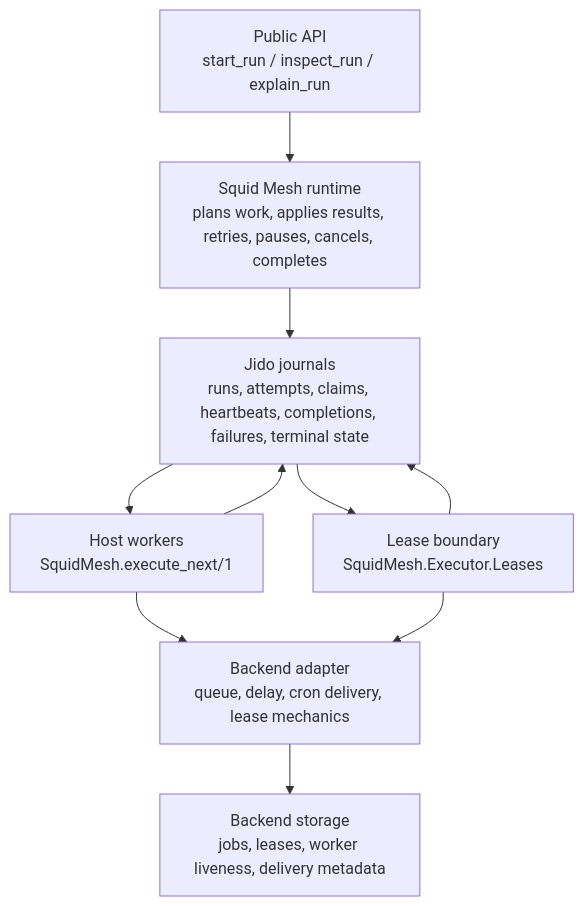
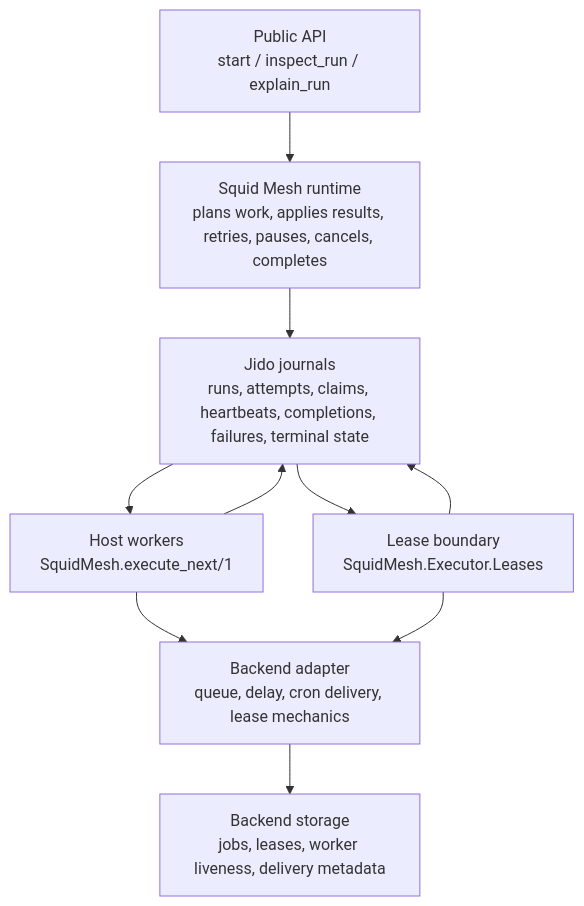
One commit to dark-trench/squid_mesh changed the diagram in docs/architecture.md. Above: the diagram before and after it, drawn with Mermaid. The commit also changed 10 other files, not shown here.

````diff
--- a/docs/architecture.md
+++ b/docs/architecture.md
@@ -124,20 +124,20 @@
 ```mermaid
 flowchart TB
-    api["Public API<br/>start_run / inspect_run / explain_run"]
+    api["Public API<br/>start / inspect_run / explain_run"]
     runtime["Squid Mesh runtime<br/>plans work, applies results, retries, pauses, cancels, completes"]
     journals["Jido journals<br/>runs, attempts, claims, heartbeats, completions, failures, terminal state"]
     worker["Host workers<br/>SquidMesh.execute_next/1"]
     leases["Lease boundary<br/>SquidMesh.Executor.Leases"]
     adapter["Backend adapter<br/>queue, delay, cron delivery, lease mechanics"]
     storage["Backend storage<br/>jobs, leases, worker liveness, delivery metadata"]
 
     api --> runtime
     runtime --> journals
     journals --> worker
     worker --> journals
     journals --> leases
     leases --> journals
     worker --> adapter
     leases --> adapter
     adapter --> storage
 ```
````
